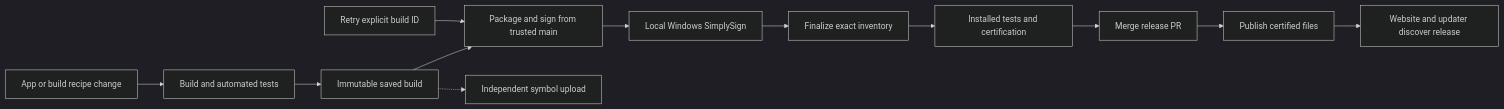
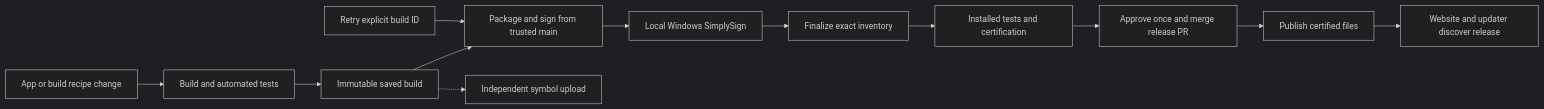
One commit to azure06/clipsx changed the diagram in .agents/skills/clipsx-release/references/operations.md. Above: the diagram before and after it, drawn with Mermaid (dark theme). The commit also changed other lines of this file and 28 other files, not shown here.

````diff
--- a/.agents/skills/clipsx-release/references/operations.md
+++ b/.agents/skills/clipsx-release/references/operations.md
@@ -7,14 +8,14 @@
 ```mermaid
 flowchart LR
     App[App or build recipe change] --> Build[Build and automated tests]
     Build --> Save[Immutable saved build]
     Save --> Prepare[Package and sign from trusted main]
     Retry[Retry explicit build ID] --> Prepare
     Save -.-> Symbols[Independent symbol upload]
     Prepare --> Win[Local Windows SimplySign]
     Win --> Final[Finalize exact inventory]
     Final --> Test[Installed tests and certification]
-    Test --> Merge[Merge release PR]
+    Test --> Merge[Approve once and merge release PR]
     Merge --> Publish[Publish certified files]
     Publish --> Web[Website and updater discover release]
 ```
````
